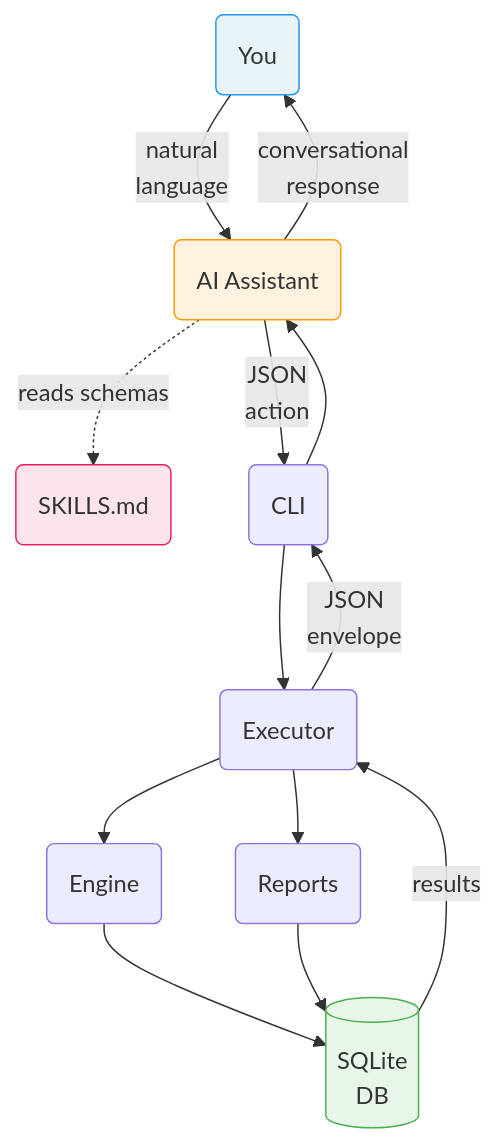
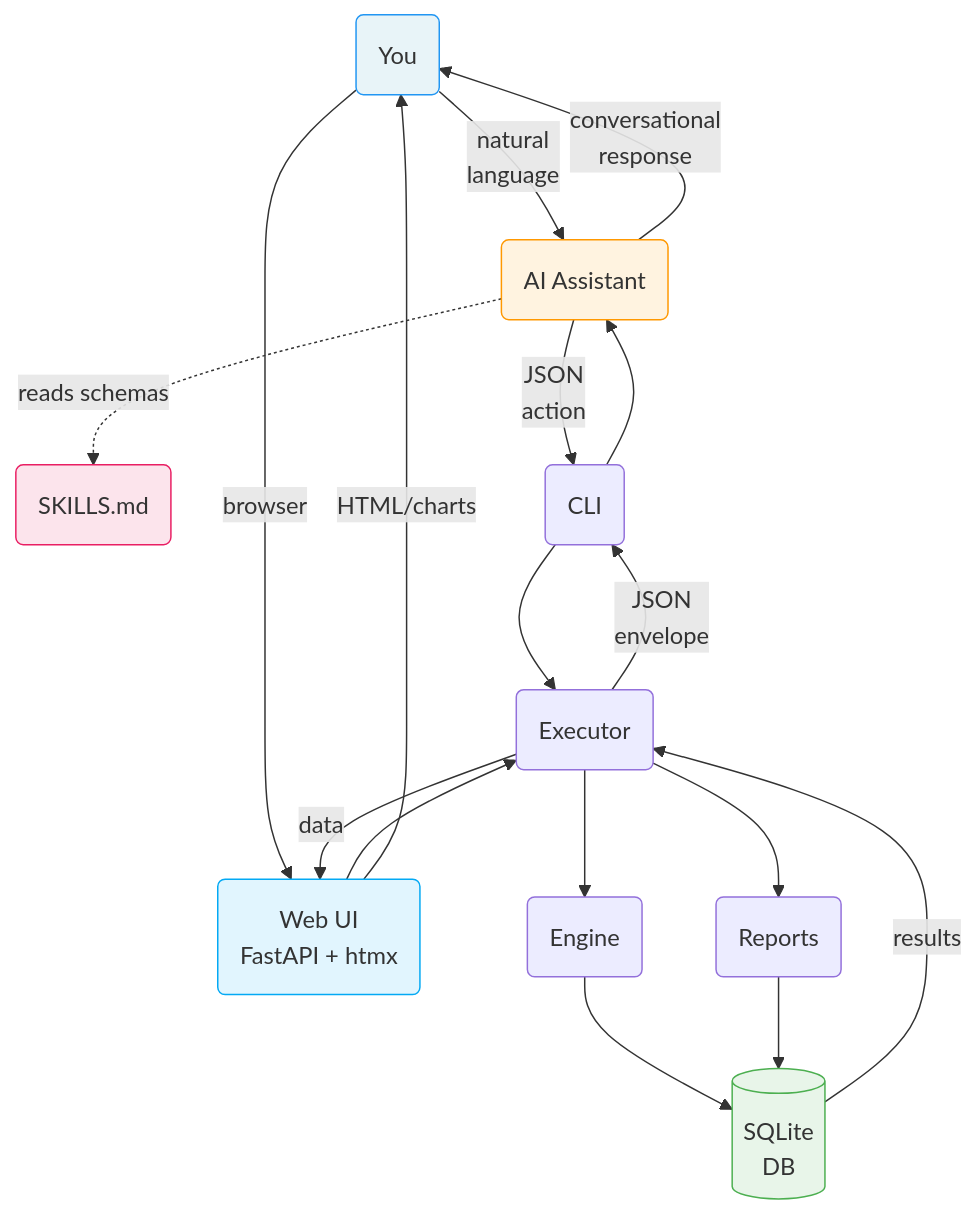
Before and after one commit to ericblue/habit-sprint: the diagram in README.md, drawn with Mermaid. The commit also changed other lines of this file and 2 other files, not shown here.

First line of the commit message:
docs: refresh README with web UI, reports, and full feature set (task 9.8)

````diff
--- a/README.md
+++ b/README.md
@@ -92,29 +103,35 @@
 ```mermaid
 graph TD
     User(You)
     LLM(AI Assistant)
     Skill(SKILLS.md)
     CLI(CLI)
+    Web(Web UI<br>FastAPI + htmx)
     Exec(Executor)
     Engine(Engine)
     Report(Reports)
     DB[(SQLite<br>DB)]
 
     User -- natural<br>language --> LLM
+    User -- browser --> Web
     LLM -. reads schemas .-> Skill
     LLM -- JSON<br>action--> CLI
     CLI --> Exec
+    Web --> Exec
     Exec --> Engine
     Exec --> Report
     Engine --> DB
     Report --> DB
     DB -- results --> Exec
     Exec -- JSON<br>envelope --> CLI
+    Exec -- data --> Web
     CLI --> LLM
+    Web -- HTML/charts --> User
     LLM -- conversational<br>response --> User
 
     style User fill:#e8f4f8,stroke:#2196F3
     style LLM fill:#fff3e0,stroke:#FF9800
     style Skill fill:#fce4ec,stroke:#E91E63
+    style Web fill:#e1f5fe,stroke:#03A9F4
     style DB fill:#e8f5e9,stroke:#4CAF50
 ```
````
